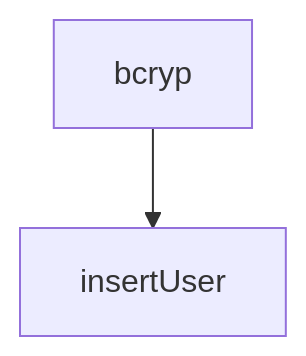
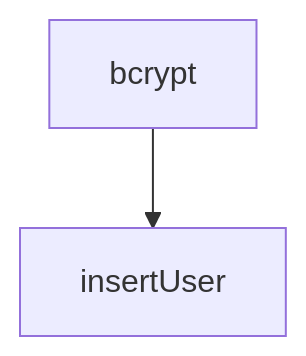
One commit to suabochica/scala-learning changed the fourth of 5 diagrams in notes/06-error-handling.md. Above: the diagram before and after it, drawn with Mermaid. The commit also changed other lines of this file, not shown here.

````diff
--- a/notes/06-error-handling.md
+++ b/notes/06-error-handling.md
@@ -594,4 +594,4 @@
 ``` mermaid
 graph TD
-    A[bcryp] --> B[insertUser]
+    A[bcrypt] --> B[insertUser]
 ```
````
